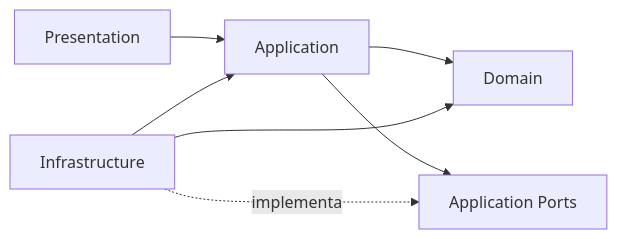
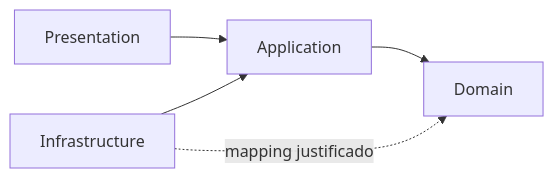
The sixth of 7 diagrams in docs/ARCHITECTURE.md (cromaticacreativa/project-cromaticacreativa-web), drawn with Mermaid before and after one commit. The commit also changed other lines of this file and 276 other files, not shown here.

````diff
--- a/docs/ARCHITECTURE.md
+++ b/docs/ARCHITECTURE.md
@@ -378,9 +192,7 @@
 ```mermaid
 flowchart LR
     presentation["Presentation"] --> application["Application"]
     application --> domain["Domain"]
     infrastructure["Infrastructure"] --> application
-    infrastructure --> domain["Domain"]
-    application --> ports["Application Ports"]
-    infrastructure -. "implementa" .-> ports
+    infrastructure -. "mapping justificado" .-> domain
 ```
````
